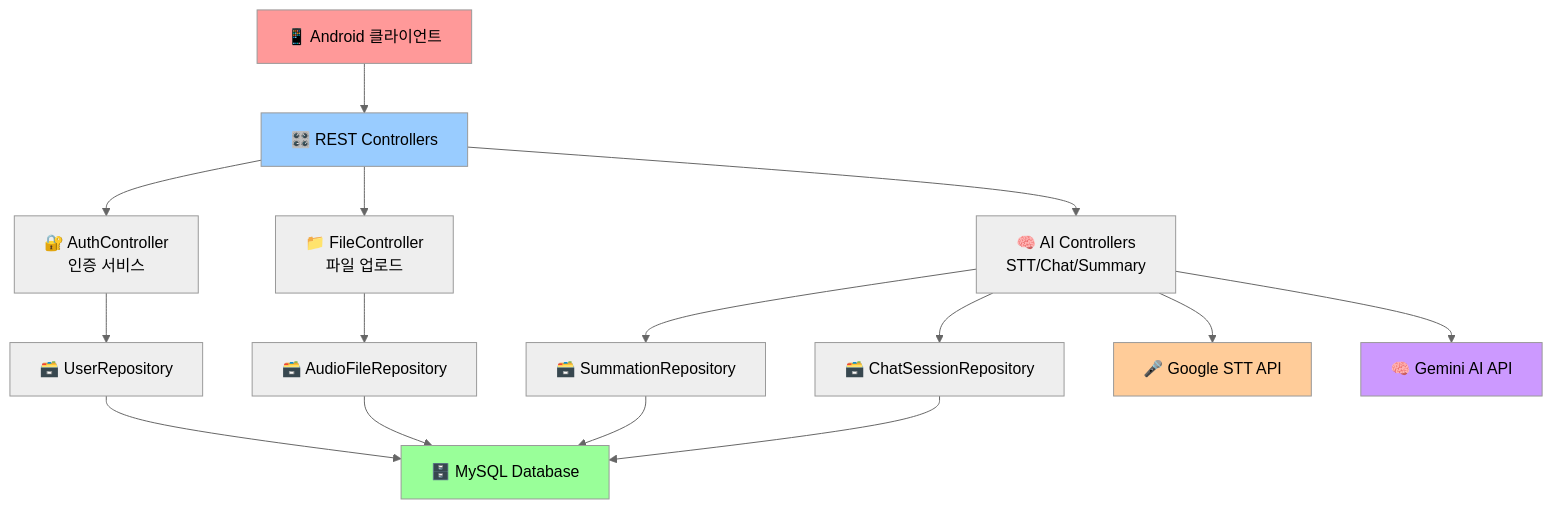
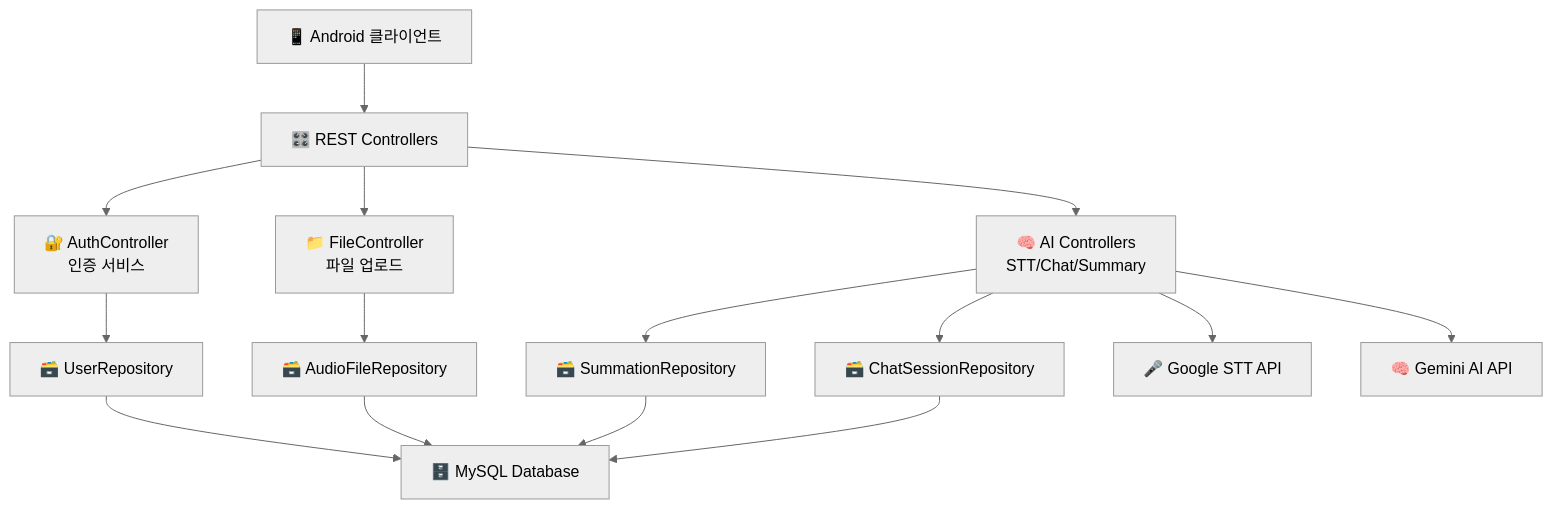
One commit to taejinchoi-cbnu/NoTI changed the third of 3 diagrams in README.md. Above: the diagram before and after it, drawn with Mermaid (neutral theme). The commit also changed other lines of this file, not shown here.

````diff
--- a/README.md
+++ b/README.md
@@ -138,26 +132,20 @@
 ```mermaid
 graph TB
     A[📱 Android 클라이언트] --> B[🎛️ REST Controllers]
     B --> C[🔐 AuthController<br/>인증 서비스]
     B --> D[📁 FileController<br/>파일 업로드]
     B --> E[🧠 AI Controllers<br/>STT/Chat/Summary]
     
     C --> F[🗃️ UserRepository]
     D --> G[🗃️ AudioFileRepository]
     E --> H[🗃️ SummationRepository]
     E --> I[🗃️ ChatSessionRepository]
     
     F --> J[🗄️ MySQL Database]
     G --> J
     H --> J
     I --> J
     
     E --> K[🎤 Google STT API]
     E --> L[🧠 Gemini AI API]
-    
-    style A fill:#ff9999
-    style B fill:#99ccff
-    style J fill:#99ff99
-    style K fill:#ffcc99
-    style L fill:#cc99ff
 ```
````
